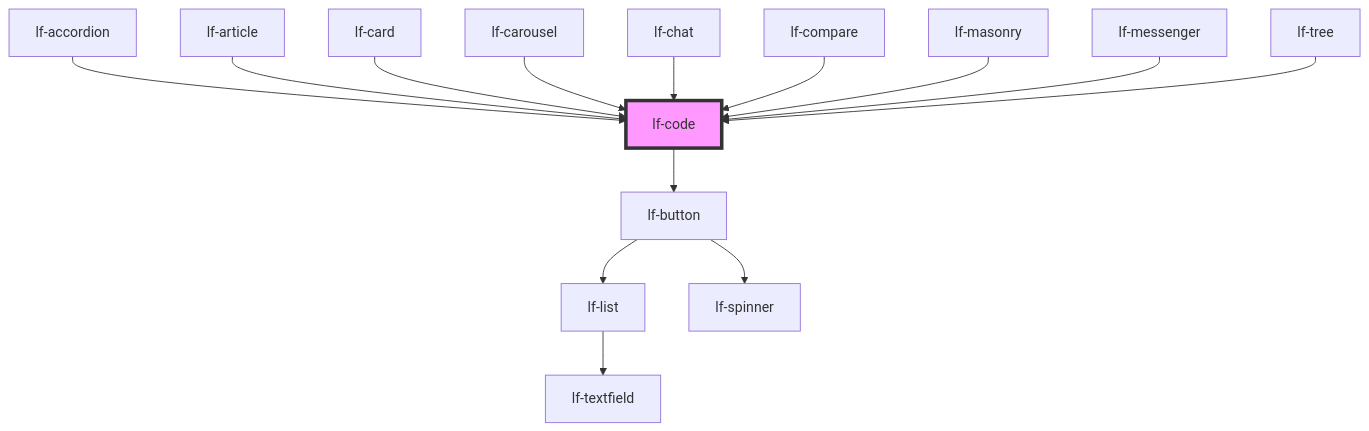
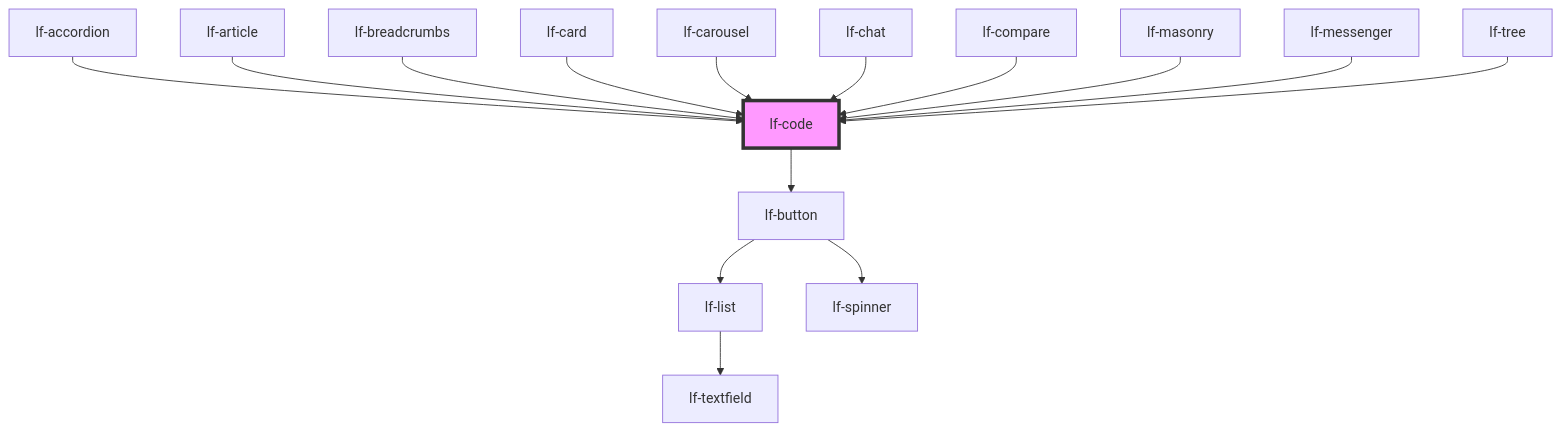
Before and after one commit to lucafoscili/lf-widgets: the diagram in packages/core/src/components/lf-code/readme.md, drawn with Mermaid. The commit also changed other lines of this file and 17 other files, not shown here.

````diff
--- a/packages/core/src/components/lf-code/readme.md
+++ b/packages/core/src/components/lf-code/readme.md
@@ -125,17 +126,18 @@
 ```mermaid
 graph TD;
   lf-code --> lf-button
   lf-button --> lf-list
   lf-button --> lf-spinner
   lf-list --> lf-textfield
   lf-accordion --> lf-code
   lf-article --> lf-code
+  lf-breadcrumbs --> lf-code
   lf-card --> lf-code
   lf-carousel --> lf-code
   lf-chat --> lf-code
   lf-compare --> lf-code
   lf-masonry --> lf-code
   lf-messenger --> lf-code
   lf-tree --> lf-code
   style lf-code fill:#f9f,stroke:#333,stroke-width:4px
 ```
````
